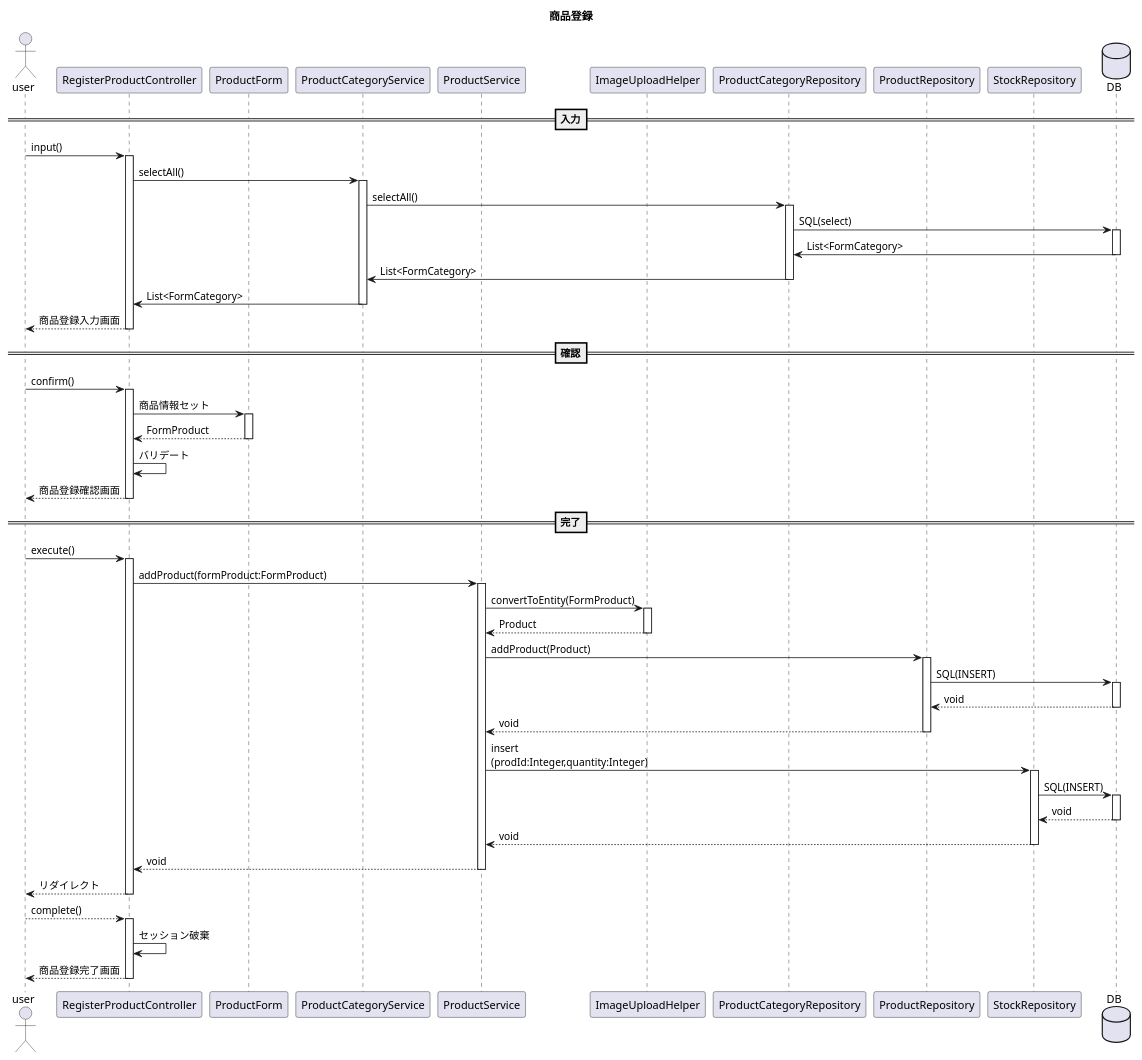
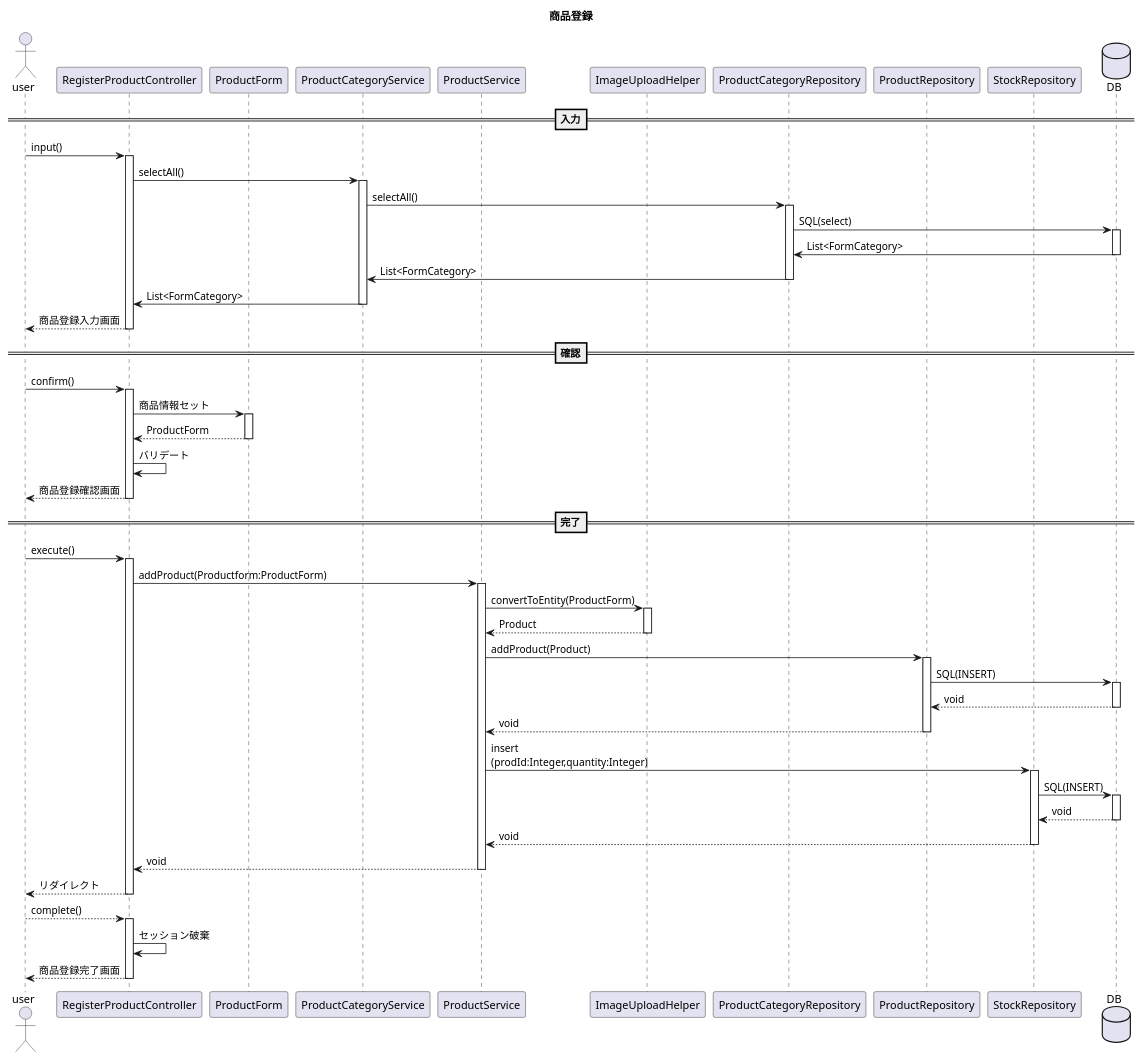
The diagram in plan/uml/sequence/uc010.plantuml (kanavii3333/ec-b), drawn with PlantUML before and after one commit. The commit also changed 5 other files, not shown here.

```diff
--- a/plan/uml/sequence/uc010.plantuml
+++ b/plan/uml/sequence/uc010.plantuml
@@ -1,48 +1,48 @@
 @startuml
 title 商品登録
 actor user
 participant RegisterProductController as Controller
 participant ProductForm as Form
 participant ProductCategoryService as Service1
 participant ProductService as Service
 participant ImageUploadHelper as Helper
 participant ProductCategoryRepository as Repository1
 participant ProductRepository as Repository
 participant StockRepository as Repository2
 database DB
 
 ==入力==
 user -> Controller++:input()
 Controller -> Service1++:selectAll()
 Service1 -> Repository1++:selectAll()
 Repository1 -> DB++:SQL(select)
 DB -> Repository1 --:List<FormCategory>
 Repository1 -> Service1--:List<FormCategory>
 Service1 -> Controller--:List<FormCategory>
 user <-- Controller--:商品登録入力画面
 ==確認==
 user -> Controller++:confirm()
 Controller -> Form++:商品情報セット
-Controller <-- Form--:FormProduct
+Controller <-- Form--:ProductForm
 Controller -> Controller:バリデート
 user <-- Controller--:商品登録確認画面
 ==完了==
 user -> Controller++:execute()
-Controller -> Service++:addProduct(formProduct:FormProduct)
-Service -> Helper++:convertToEntity(FormProduct)
+Controller -> Service++:addProduct(Productform:ProductForm)
+Service -> Helper++:convertToEntity(ProductForm)
 Service <-- Helper--:Product
 Service -> Repository++:addProduct(Product)
 Repository -> DB++:SQL(INSERT)
 Repository <-- DB--:void
 Service <-- Repository--:void
 Service -> Repository2++:insert\n(prodId:Integer,quantity:Integer)
 Repository2 -> DB++:SQL(INSERT)
 Repository2 <-- DB--:void
 Service <-- Repository2--:void
 Controller <-- Service--:void
 user <-- Controller--:リダイレクト
 user --> Controller++:complete()
 Controller -> Controller:セッション破棄
 user <-- Controller--:商品登録完了画面
 
 @enduml
```
